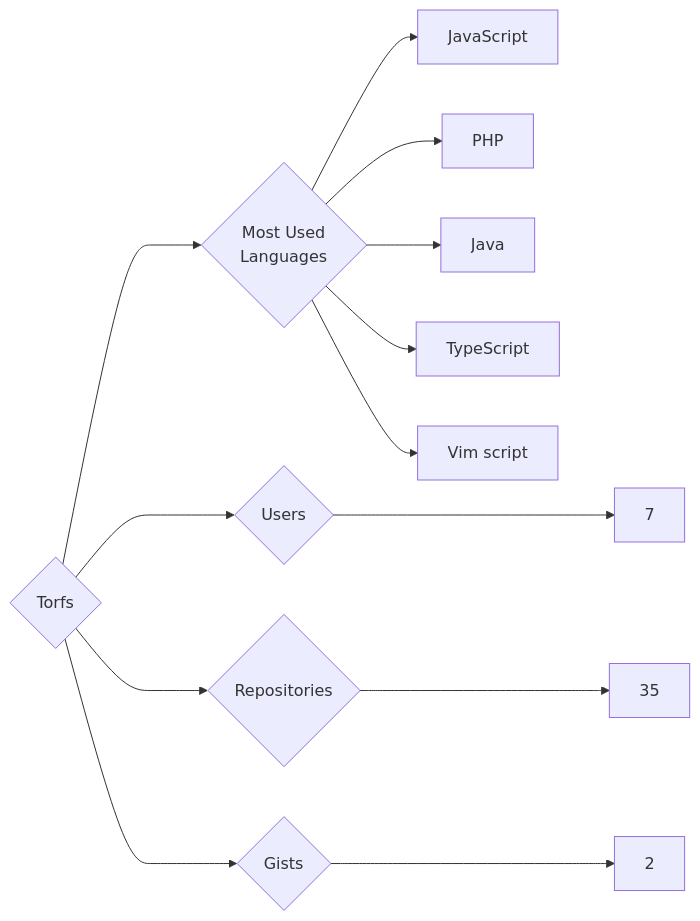
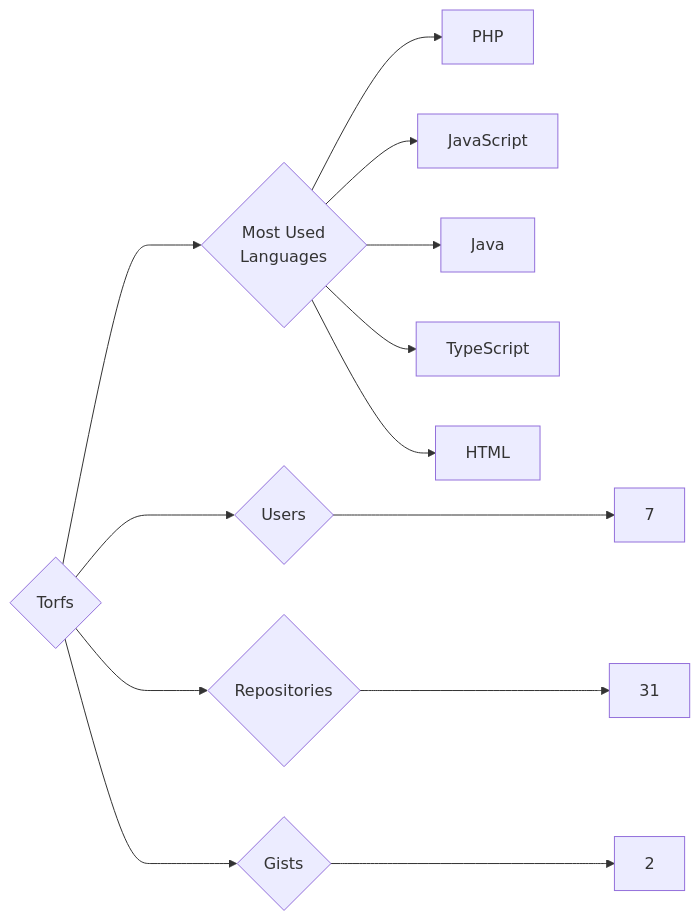
Before and after one commit to trickest/insiders: the diagram in targets/Torfs/README.md, drawn with Mermaid. The commit also changed 912 other files, not shown here.

````diff
--- a/targets/Torfs/README.md
+++ b/targets/Torfs/README.md
@@ -3,13 +3,13 @@
 ```mermaid
 graph LR
 COMPANY_NAME{Torfs}
 COMPANY_NAME ---> U{Users} ---> UN[7]
-COMPANY_NAME ---> R{Repositories} ---> RN[35]
+COMPANY_NAME ---> R{Repositories} ---> RN[31]
 COMPANY_NAME ---> G{Gists} ---> GN[2]
 COMPANY_NAME ---> ML{Most Used<br>Languages}
+ML --> PHP[PHP]
 ML --> JavaScript[JavaScript]
-ML --> PHP[PHP]
 ML --> Java[Java]
 ML --> TypeScript[TypeScript]
-ML --> Vim_script[Vim script]
+ML --> HTML[HTML]
 ```
````
